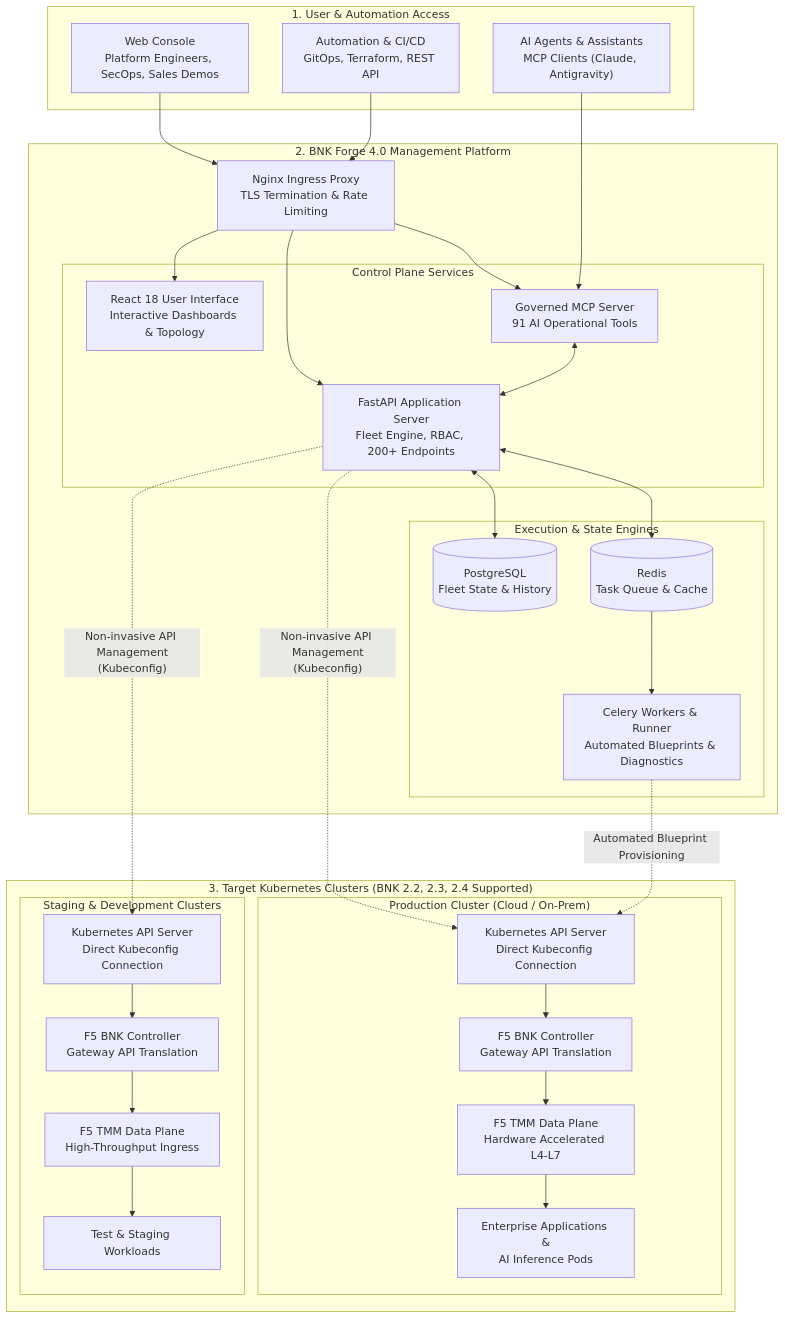
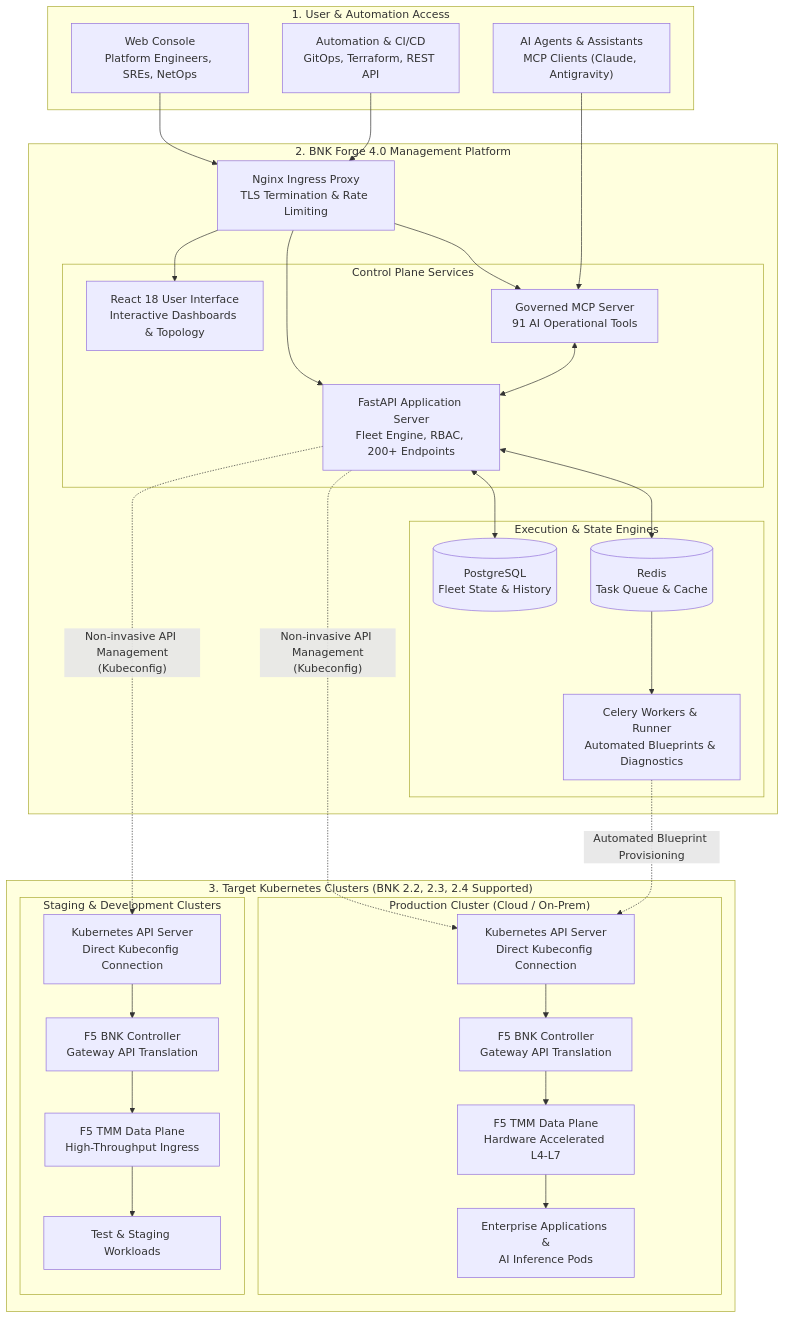
The first of 4 diagrams in README.md (f5devcentral/bnk-forge), drawn with Mermaid before and after one commit. The commit also changed other lines of this file and 1 other file, not shown here.

Commit message:
docs: remove sales terminology in favor of technical architecture and operational facts

````diff
--- a/README.md
+++ b/README.md
@@ -70,60 +79,60 @@
 ```mermaid
 flowchart TB
     subgraph LayerAccess["1. User & Automation Access"]
-        UI["Web Console\nPlatform Engineers, SecOps, Sales Demos"]
+        UI["Web Console\nPlatform Engineers, SREs, NetOps"]
         CLI["Automation & CI/CD\nGitOps, Terraform, REST API"]
         AI["AI Agents & Assistants\nMCP Clients (Claude, Antigravity)"]
     end
 
     subgraph LayerForge["2. BNK Forge 4.0 Management Platform"]
         Proxy["Nginx Ingress Proxy\nTLS Termination & Rate Limiting"]
         
         subgraph CoreServices["Control Plane Services"]
             WebUI["React 18 User Interface\nInteractive Dashboards & Topology"]
             APIServer["FastAPI Application Server\nFleet Engine, RBAC, 200+ Endpoints"]
             MCPServer["Governed MCP Server\n91 AI Operational Tools"]
         end
 
         subgraph BackgroundServices["Execution & State Engines"]
             DB[("PostgreSQL\nFleet State & History")]
             Redis[("Redis\nTask Queue & Cache")]
             Workers["Celery Workers & Runner\nAutomated Blueprints & Diagnostics"]
         end
 
         Proxy --> WebUI
         Proxy --> APIServer
         Proxy --> MCPServer
         APIServer <--> DB
         APIServer <--> Redis
         Redis --> Workers
         MCPServer <--> APIServer
     end
 
     subgraph LayerFleet["3. Target Kubernetes Clusters (BNK 2.2, 2.3, 2.4 Supported)"]
         subgraph ProdCluster["Production Cluster (Cloud / On-Prem)"]
             K8sProd["Kubernetes API Server\nDirect Kubeconfig Connection"]
             BNKCtrlProd["F5 BNK Controller\nGateway API Translation"]
             TMMProd["F5 TMM Data Plane\nHardware Accelerated L4-L7"]
             WorkloadsProd["Enterprise Applications &\nAI Inference Pods"]
             
             K8sProd --> BNKCtrlProd --> TMMProd --> WorkloadsProd
         end
 
         subgraph StagingCluster["Staging & Development Clusters"]
             K8sStaging["Kubernetes API Server\nDirect Kubeconfig Connection"]
             BNKCtrlStaging["F5 BNK Controller\nGateway API Translation"]
             TMMStaging["F5 TMM Data Plane\nHigh-Throughput Ingress"]
             WorkloadsStaging["Test & Staging Workloads"]
             
             K8sStaging --> BNKCtrlStaging --> TMMStaging --> WorkloadsStaging
         end
     end
 
     UI --> Proxy
     CLI --> Proxy
     AI --> MCPServer
 
     APIServer -. "Non-invasive API Management\n(Kubeconfig)" .-> K8sProd
     APIServer -. "Non-invasive API Management\n(Kubeconfig)" .-> K8sStaging
     Workers -. "Automated Blueprint Provisioning" .-> K8sProd
 ```
````
